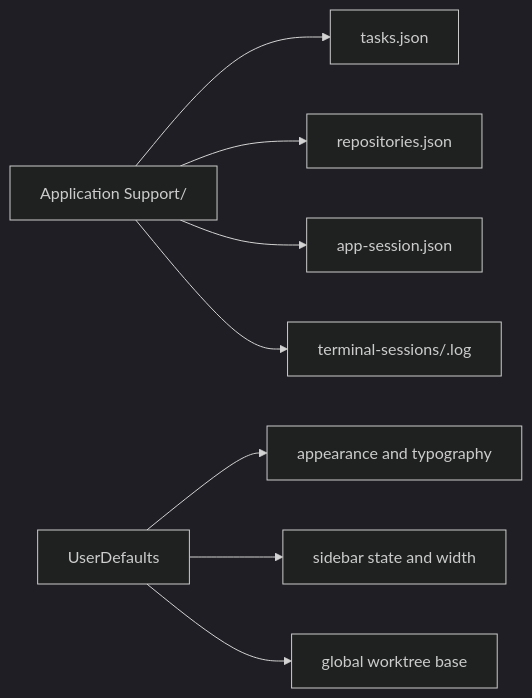
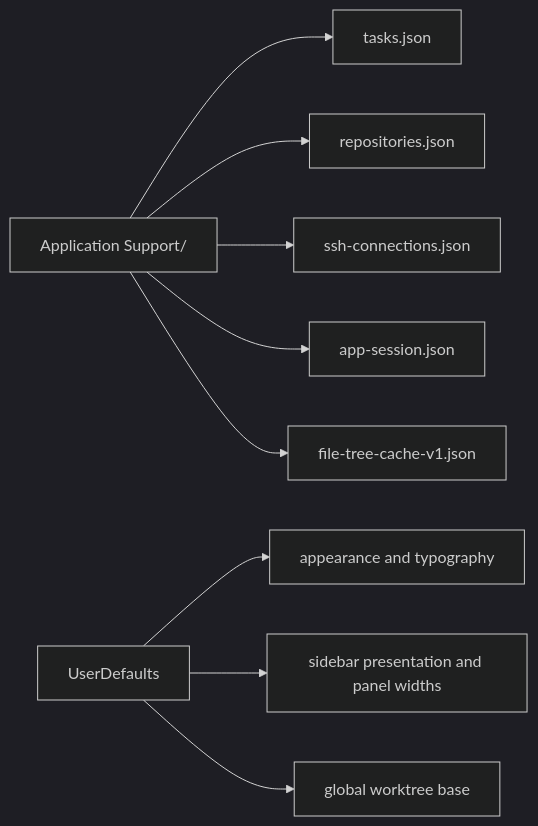
Before and after one commit to gh0stonio/pinata: the third of 5 diagrams in docs/application-architecture.md, drawn with Mermaid (dark theme). The commit also changed other lines of this file and 30 other files, not shown here.

````diff
--- a/docs/application-architecture.md
+++ b/docs/application-architecture.md
@@ -88,10 +100,11 @@
 ```mermaid
 flowchart LR
     AppSupport[Application Support/<bundle-id>] --> Tasks[tasks.json]
     AppSupport --> Repos[repositories.json]
+    AppSupport --> Connections[ssh-connections.json]
     AppSupport --> Session[app-session.json]
-    AppSupport --> Journals[terminal-sessions/<pane-id>.log]
+    AppSupport --> FileTree[file-tree-cache-v1.json]
     Defaults[UserDefaults] --> Appearance[appearance and typography]
-    Defaults --> Sidebar[sidebar state and width]
+    Defaults --> Panels[sidebar presentation and panel widths]
     Defaults --> WorktreeDefault[global worktree base]
 ```
````
